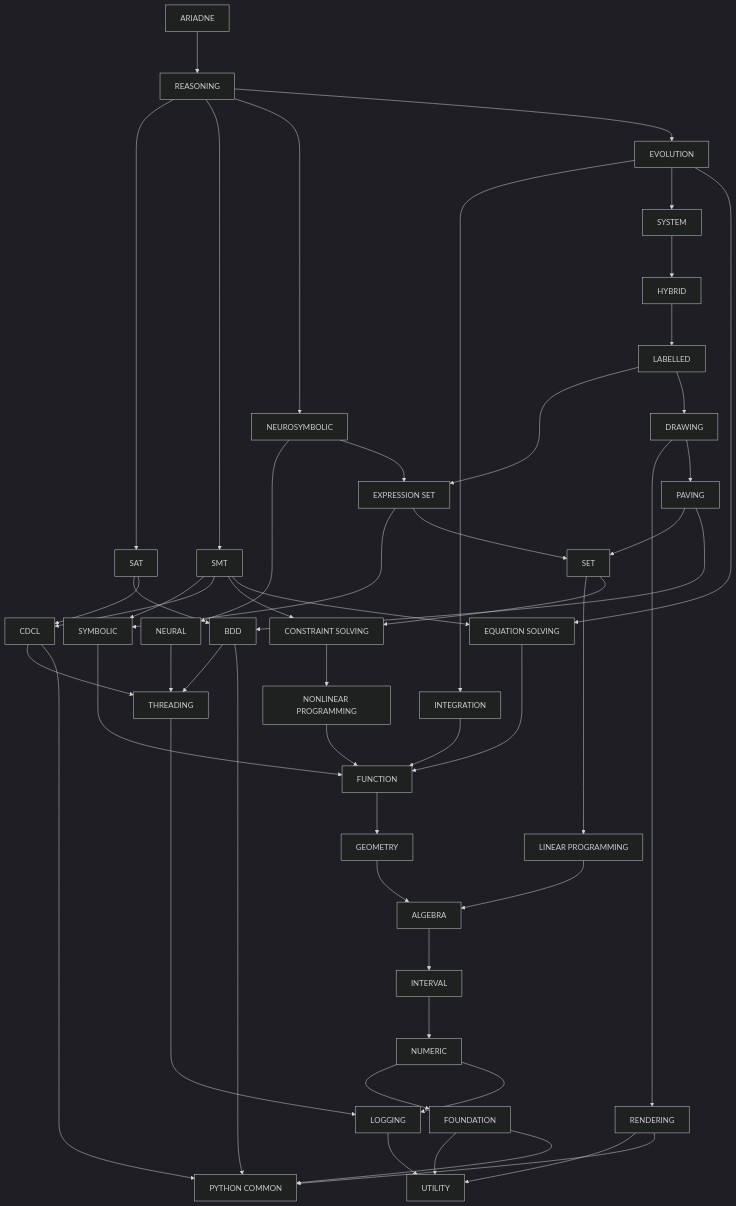
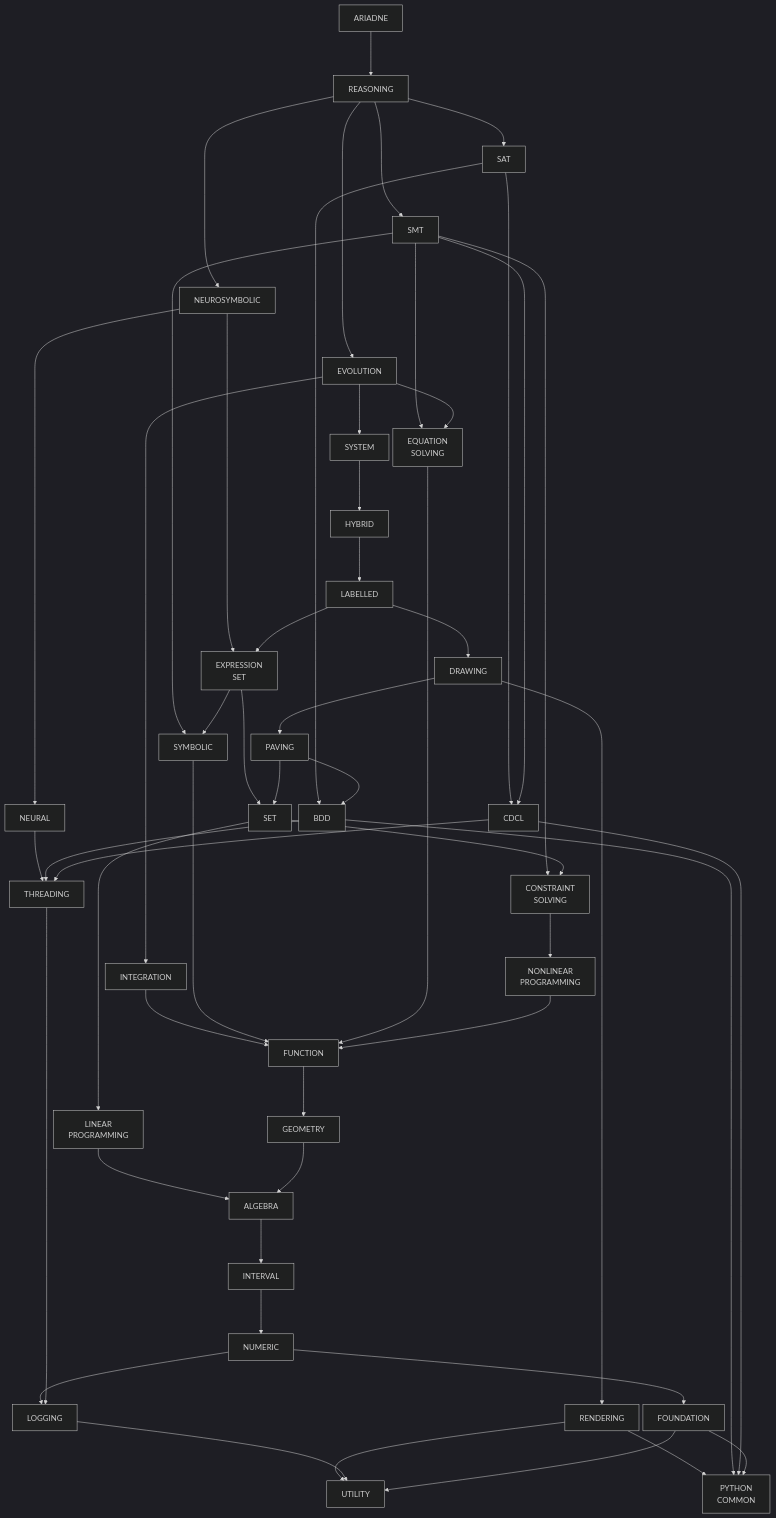
One commit to ariadne-cps/ariadne changed the diagram in doc/structure.md. Above: the diagram before and after it, drawn with Mermaid (dark theme).

Commit message:
docs: make structure diagram taller and more legible

````diff
--- a/doc/structure.md
+++ b/doc/structure.md
@@ -5,6 +5,6 @@
 ```mermaid
-%%{init: {"flowchart": {"nodeSpacing": 18, "rankSpacing": 85}}}%%
-graph TD
+%%{init: {"flowchart": {"nodeSpacing": 8, "rankSpacing": 90}}}%%
+flowchart TD
     ariadne["ARIADNE"]
     reasoning["REASONING"]
     sat["SAT"]
@@ -16,15 +16,15 @@
     hybrid["HYBRID"]
     labelled["LABELLED"]
     drawing["DRAWING"]
-    expression_set["EXPRESSION SET"]
+    expression_set["EXPRESSION<br/>SET"]
     paving["PAVING"]
     set["SET"]
     neural["NEURAL"]
     symbolic["SYMBOLIC"]
-    constraint_solving["CONSTRAINT SOLVING"]
-    equation_solving["EQUATION SOLVING"]
-    nonlinear_programming["NONLINEAR PROGRAMMING"]
-    linear_programming["LINEAR PROGRAMMING"]
+    constraint_solving["CONSTRAINT<br/>SOLVING"]
+    equation_solving["EQUATION<br/>SOLVING"]
+    nonlinear_programming["NONLINEAR<br/>PROGRAMMING"]
+    linear_programming["LINEAR<br/>PROGRAMMING"]
     function["FUNCTION"]
     geometry["GEOMETRY"]
     algebra["ALGEBRA"]
@@ -37,22 +37,29 @@
     logging["LOGGING"]
     foundation["FOUNDATION"]
     utility["UTILITY"]
-    python_common["PYTHON COMMON"]
+    python_common["PYTHON<br/>COMMON"]
 
     ariadne --> reasoning
     reasoning --> sat
     reasoning --> smt
     reasoning --> neurosymbolic
     reasoning --> evolution
+
+    sat ~~~ smt
+    smt ~~~ neurosymbolic
+    neurosymbolic ~~~ evolution
+
     sat --> bdd
     sat --> cdcl
     smt --> symbolic
     smt --> cdcl
     smt --> constraint_solving
     smt --> equation_solving
+
     neurosymbolic --> neural
     neurosymbolic --> expression_set
     neural --> threading
+
     evolution --> integration
     evolution --> system
     evolution --> equation_solving
@@ -61,6 +68,7 @@
     hybrid --> labelled
     labelled --> expression_set
     labelled --> drawing
+
     expression_set --> symbolic
     expression_set --> set
     drawing --> rendering
@@ -69,6 +77,7 @@
     paving --> bdd
     set --> linear_programming
     set --> constraint_solving
+
     symbolic --> function
     constraint_solving --> nonlinear_programming
     equation_solving --> function
@@ -80,6 +89,7 @@
     interval --> numeric
     numeric --> foundation
     numeric --> logging
+
     rendering --> utility
     rendering --> python_common
     bdd --> threading
````
